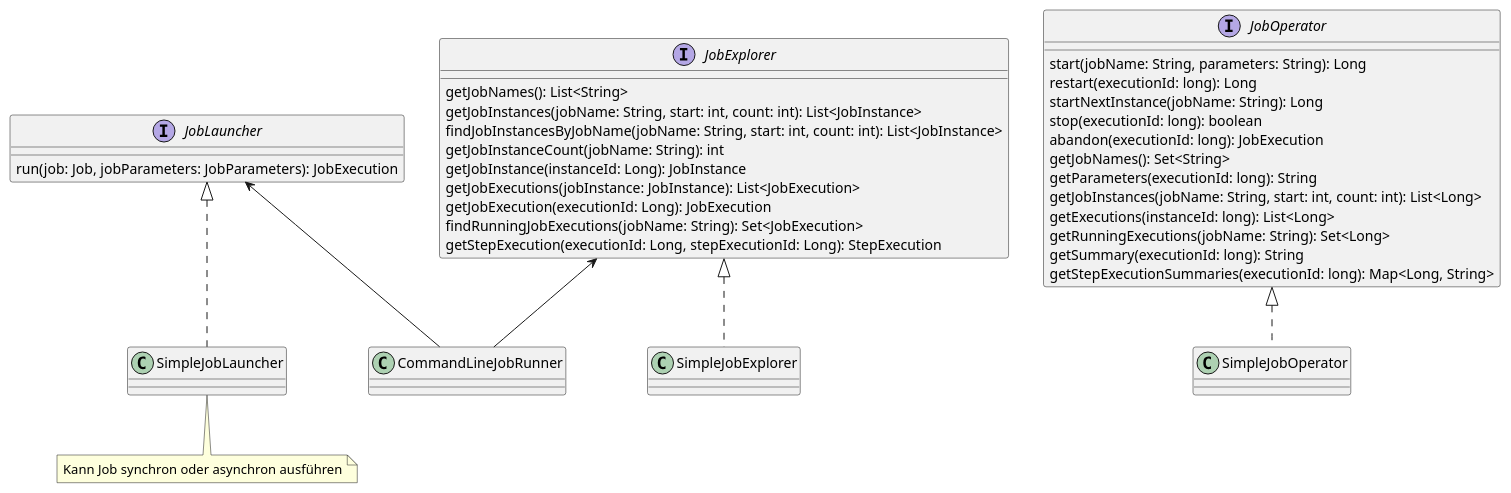
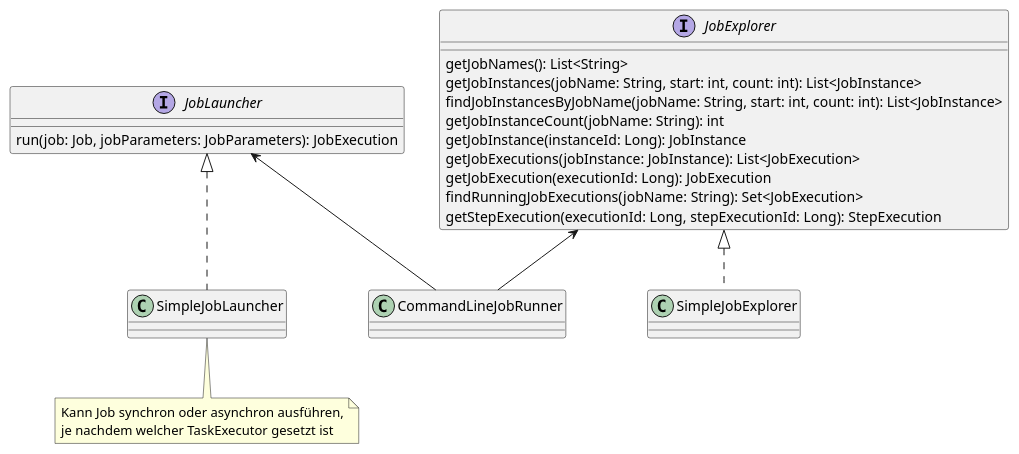
One commit to goldschmiede/2019-06-28-Spring-Batch changed the first of 2 diagrams in slides/src/docs/asciidoc/op.adoc. Above: the diagram before and after it, drawn with PlantUML. The commit also changed other lines of this file and 4 other files, not shown here.

```diff
--- a/slides/src/docs/asciidoc/op.adoc
+++ b/slides/src/docs/asciidoc/op.adoc
@@ -17,45 +17,29 @@
-[plantuml, Operations, svg, width=100%]
+[plantuml, Operations, svg, height=760]
 ....
 interface JobLauncher {
     run(job: Job, jobParameters: JobParameters): JobExecution
 }
 
 JobLauncher <|.. SimpleJobLauncher
 note bottom
-Kann Job synchron oder asynchron ausführen
+Kann Job synchron oder asynchron ausführen,
+je nachdem welcher TaskExecutor gesetzt ist 
 end note
 
 interface JobExplorer {
     getJobNames(): List<String>
     getJobInstances(jobName: String, start: int, count: int): List<JobInstance>
     findJobInstancesByJobName(jobName: String, start: int, count: int): List<JobInstance>
     getJobInstanceCount(jobName: String): int
     getJobInstance(instanceId: Long): JobInstance
     getJobExecutions(jobInstance: JobInstance): List<JobExecution>
     getJobExecution(executionId: Long): JobExecution
     findRunningJobExecutions(jobName: String): Set<JobExecution>
     getStepExecution(executionId: Long, stepExecutionId: Long): StepExecution
 }
 
 JobExplorer <|.. SimpleJobExplorer
 
-interface JobOperator {
-    start(jobName: String, parameters: String): Long
-    restart(executionId: long): Long
-    startNextInstance(jobName: String): Long
-    stop(executionId: long): boolean
-    abandon(executionId: long): JobExecution
-    getJobNames(): Set<String>
-    getParameters(executionId: long): String
-    getJobInstances(jobName: String, start: int, count: int): List<Long>
-    getExecutions(instanceId: long): List<Long>
-    getRunningExecutions(jobName: String): Set<Long>
-    getSummary(executionId: long): String
-    getStepExecutionSummaries(executionId: long): Map<Long, String>
-}
-
-JobOperator <|.. SimpleJobOperator
-
 JobLauncher <-- CommandLineJobRunner
 JobExplorer <-- CommandLineJobRunner
 ....
```
